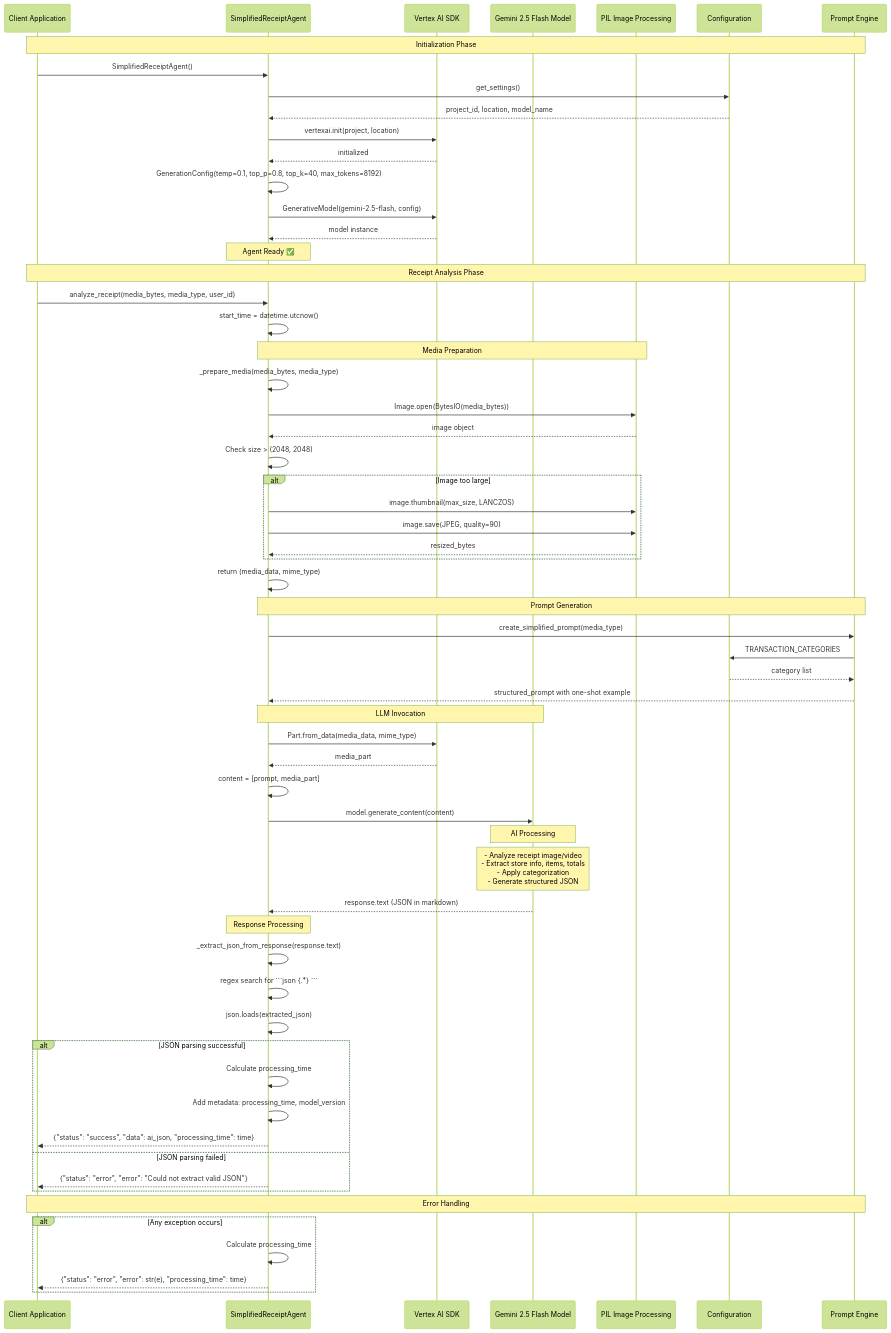
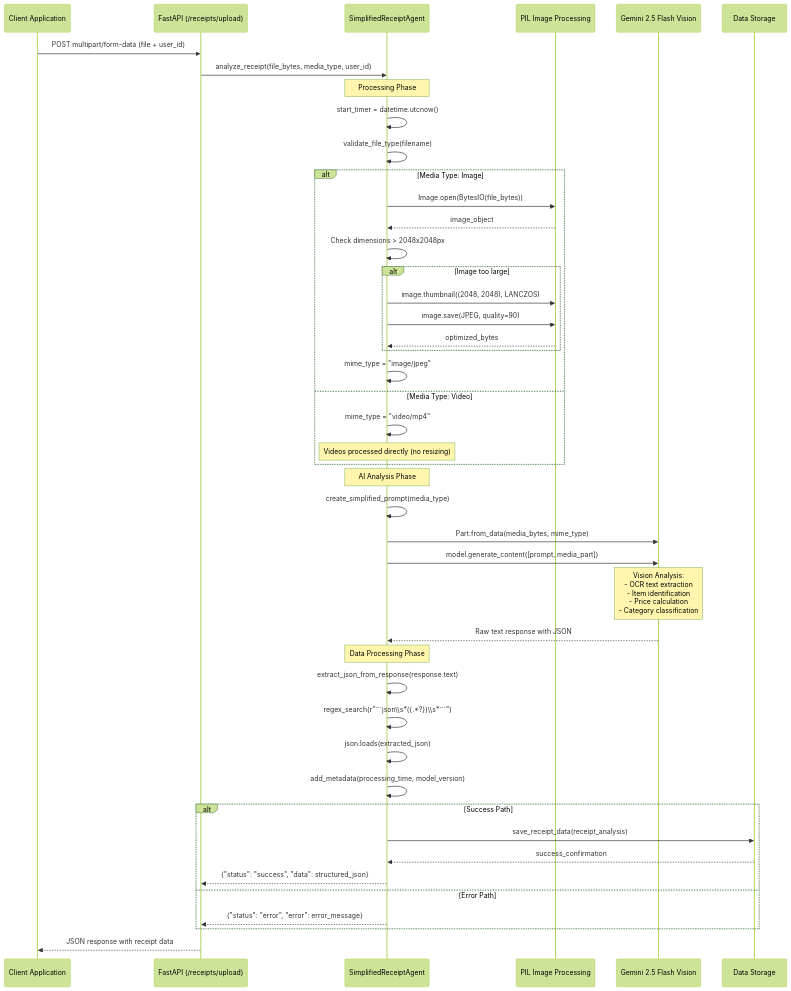
Before and after one commit to tsathya98/WalleteriumImperium: the first of 3 diagrams in agents/receipt_scanner/README.md, drawn with Mermaid (forest theme). The commit also changed other lines of this file and 7 other files, not shown here.

Commit message:
Remove weather_bot agent and related files; add test script for consolidated storage functionality in onboarding agent.

````diff
--- a/agents/receipt_scanner/README.md
+++ b/agents/receipt_scanner/README.md
@@ -666,73 +31,56 @@
 ```mermaid
 sequenceDiagram
     participant Client as Client Application
+    participant API as FastAPI (/receipts/upload)
     participant Agent as SimplifiedReceiptAgent
-    participant VertexAI as Vertex AI SDK
-    participant Gemini as Gemini 2.5 Flash Model
     participant PIL as PIL Image Processing
-    participant Config as Configuration
-    participant Prompts as Prompt Engine
+    participant Gemini as Gemini 2.5 Flash Vision
+    participant Firestore as Data Storage
 
-    Note over Client,Prompts: Initialization Phase
-    Client->>Agent: SimplifiedReceiptAgent()
-    Agent->>Config: get_settings()
-    Config-->>Agent: project_id, location, model_name
-    Agent->>VertexAI: vertexai.init(project, location)
-    VertexAI-->>Agent: initialized
+    Client->>API: POST multipart/form-data (file + user_id)
+    API->>Agent: analyze_receipt(file_bytes, media_type, user_id)
     
-    Agent->>Agent: GenerationConfig(temp=0.1, top_p=0.8, top_k=40, max_tokens=8192)
-    Agent->>VertexAI: GenerativeModel(gemini-2.5-flash, config)
-    VertexAI-->>Agent: model instance
-    Note over Agent: Agent Ready ✅
-
-    Note over Client,Prompts: Receipt Analysis Phase
-    Client->>Agent: analyze_receipt(media_bytes, media_type, user_id)
-    Agent->>Agent: start_time = datetime.utcnow()
+    Note over Agent: Processing Phase
+    Agent->>Agent: start_timer = datetime.utcnow()
+    Agent->>Agent: validate_file_type(filename)
     
-    Note over Agent,PIL: Media Preparation
-    Agent->>Agent: _prepare_media(media_bytes, media_type)
-    Agent->>PIL: Image.open(BytesIO(media_bytes))
-    PIL-->>Agent: image object
-    Agent->>Agent: Check size > (2048, 2048)
-    alt Image too large
-        Agent->>PIL: image.thumbnail(max_size, LANCZOS)
-        Agent->>PIL: image.save(JPEG, quality=90)
-        PIL-->>Agent: resized_bytes
-    end
-    Agent->>Agent: return (media_data, mime_type)
-
-    Note over Agent,Prompts: Prompt Generation
-    Agent->>Prompts: create_simplified_prompt(media_type)
-    Prompts->>Config: TRANSACTION_CATEGORIES
-    Config-->>Prompts: category list
-    Prompts-->>Agent: structured_prompt with one-shot example
-    
-    Note over Agent,Gemini: LLM Invocation
-    Agent->>VertexAI: Part.from_data(media_data, mime_type)
-    VertexAI-->>Agent: media_part
-    Agent->>Agent: content = [prompt, media_part]
-    Agent->>Gemini: model.generate_content(content)
-    
-    Note over Gemini: AI Processing
-    Note over Gemini: - Analyze receipt image/video<br/>- Extract store info, items, totals<br/>- Apply categorization<br/>- Generate structured JSON
-    
-    Gemini-->>Agent: response.text (JSON in markdown)
-
-    Note over Agent: Response Processing
-    Agent->>Agent: _extract_json_from_response(response.text)
-    Agent->>Agent: regex search for ```json {.*} ```
-    Agent->>Agent: json.loads(extracted_json)
-    alt JSON parsing successful
-        Agent->>Agent: Calculate processing_time
-        Agent->>Agent: Add metadata: processing_time, model_version
-        Agent-->>Client: {"status": "success", "data": ai_json, "processing_time": time}
-    else JSON parsing failed
-        Agent-->>Client: {"status": "error", "error": "Could not extract valid JSON"}
+    alt Media Type: Image
+        Agent->>PIL: Image.open(BytesIO(file_bytes))
+        PIL-->>Agent: image_object
+        Agent->>Agent: Check dimensions > 2048x2048px
+        alt Image too large
+            Agent->>PIL: image.thumbnail((2048, 2048), LANCZOS)
+            Agent->>PIL: image.save(JPEG, quality=90)
+            PIL-->>Agent: optimized_bytes
+        end
+        Agent->>Agent: mime_type = "image/jpeg"
+    else Media Type: Video
+        Agent->>Agent: mime_type = "video/mp4"
+        Note over Agent: Videos processed directly (no resizing)
     end
 
-    Note over Client,Prompts: Error Handling
-    alt Any exception occurs
-        Agent->>Agent: Calculate processing_time
-        Agent-->>Client: {"status": "error", "error": str(e), "processing_time": time}
+    Note over Agent: AI Analysis Phase
+    Agent->>Agent: create_simplified_prompt(media_type)
+    Agent->>Gemini: Part.from_data(media_bytes, mime_type)
+    Agent->>Gemini: model.generate_content([prompt, media_part])
+    
+    Note over Gemini: Vision Analysis:<br/>- OCR text extraction<br/>- Item identification<br/>- Price calculation<br/>- Category classification
+    
+    Gemini-->>Agent: Raw text response with JSON
+
+    Note over Agent: Data Processing Phase
+    Agent->>Agent: extract_json_from_response(response.text)
+    Agent->>Agent: regex_search(r"```json\\s*({.*?})\\s*```")
+    Agent->>Agent: json.loads(extracted_json)
+    Agent->>Agent: add_metadata(processing_time, model_version)
+    
+    alt Success Path
+        Agent->>Firestore: save_receipt_data(receipt_analysis)
+        Firestore-->>Agent: success_confirmation
+        Agent-->>API: {"status": "success", "data": structured_json}
+    else Error Path
+        Agent-->>API: {"status": "error", "error": error_message}
     end
+    
+    API-->>Client: JSON response with receipt data
 ```
````
